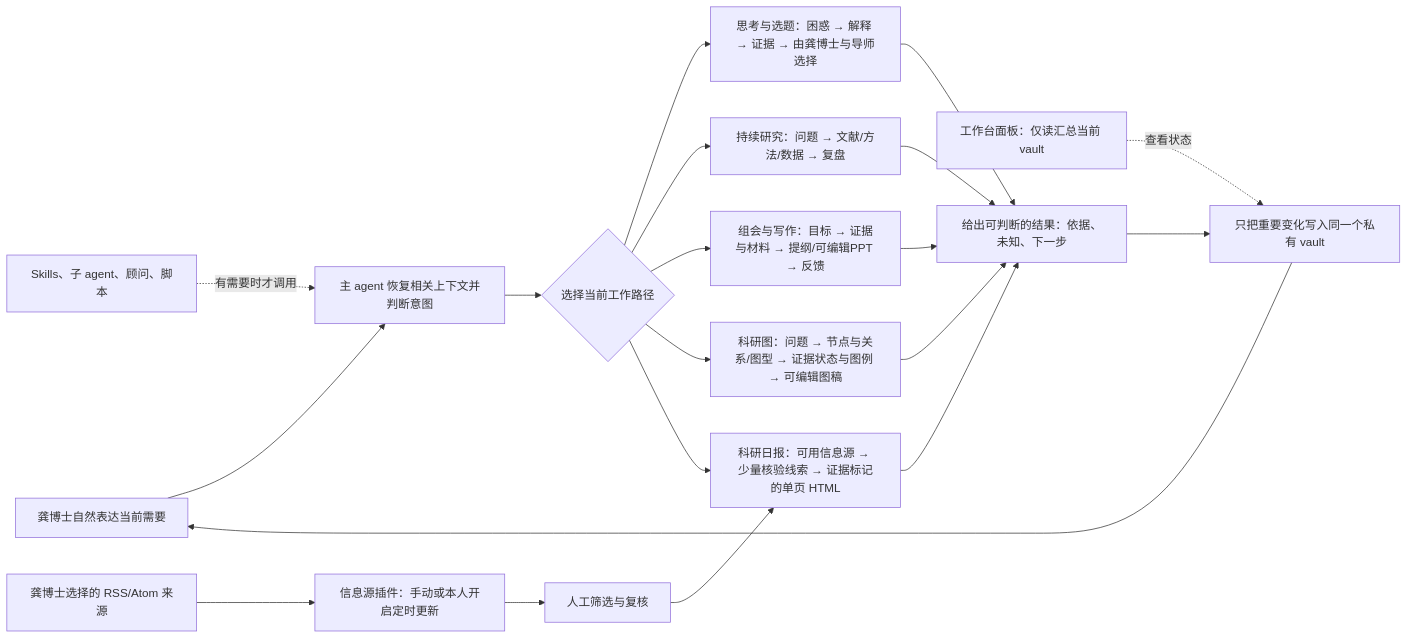
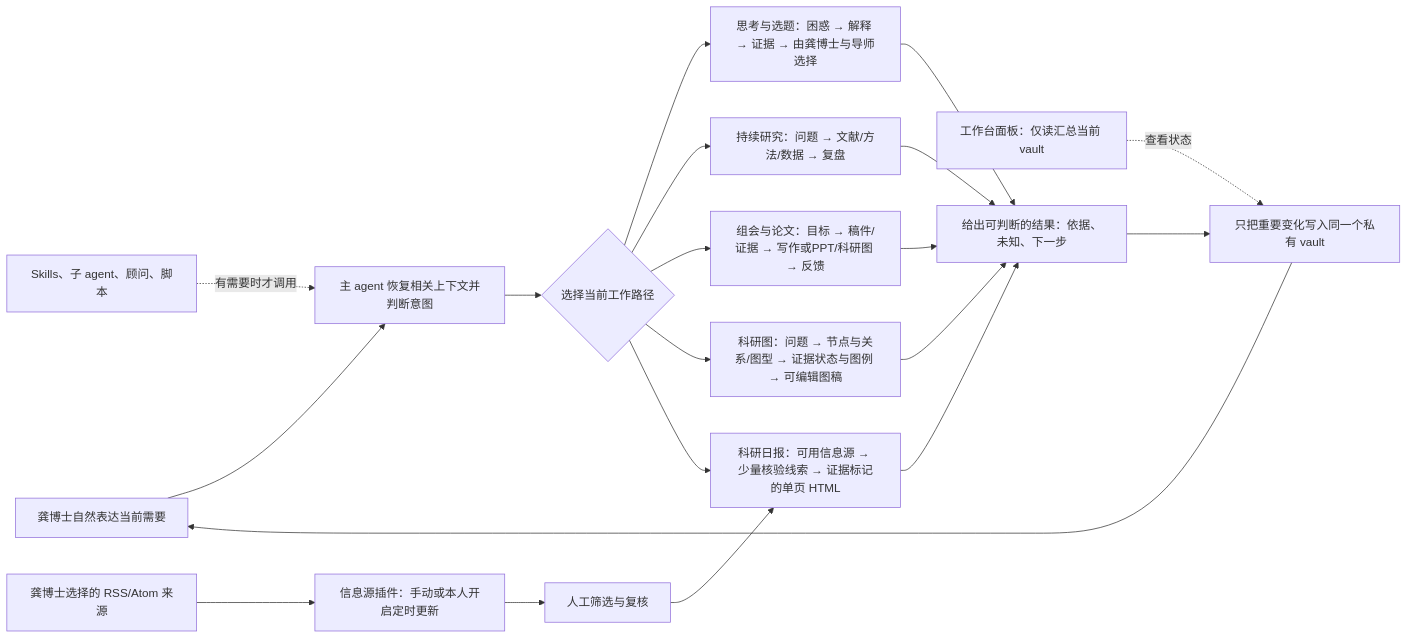
One commit to youir/danta-research-workbench changed the diagram in 08_完整体系架构.md. Above: the diagram before and after it, drawn with Mermaid. The commit also changed other lines of this file and 21 other files, not shown here.

````diff
--- a/08_完整体系架构.md
+++ b/08_完整体系架构.md
@@ -11,22 +11,22 @@
 ```mermaid
 flowchart LR
     U[龚博士自然表达当前需要] --> R[主 agent 恢复相关上下文并判断意图]
     R --> W{选择当前工作路径}
     W --> I[思考与选题：困惑 → 解释 → 证据 → 由龚博士与导师选择]
     W --> D[持续研究：问题 → 文献/方法/数据 → 复盘]
-    W --> M[组会与写作：目标 → 证据与材料 → 提纲/可编辑PPT → 反馈]
+    W --> M[组会与论文：目标 → 稿件/证据 → 写作或PPT/科研图 → 反馈]
     W --> F[科研图：问题 → 节点与关系/图型 → 证据状态与图例 → 可编辑图稿]
     W --> B[科研日报：可用信息源 → 少量核验线索 → 证据标记的单页 HTML]
     S1[龚博士选择的 RSS/Atom 来源] --> C[信息源插件：手动或本人开启定时更新]
     C --> H[人工筛选与复核]
     H --> B
     V[工作台面板：仅读汇总当前 vault] -. 查看状态 .-> P
     I --> O[给出可判断的结果：依据、未知、下一步]
     D --> O
     M --> O
     F --> O
     B --> O
     O --> P[只把重要变化写入同一个私有 vault]
     P --> U
     S[Skills、子 agent、顾问、脚本] -. 有需要时才调用 .-> R
 ```
````
